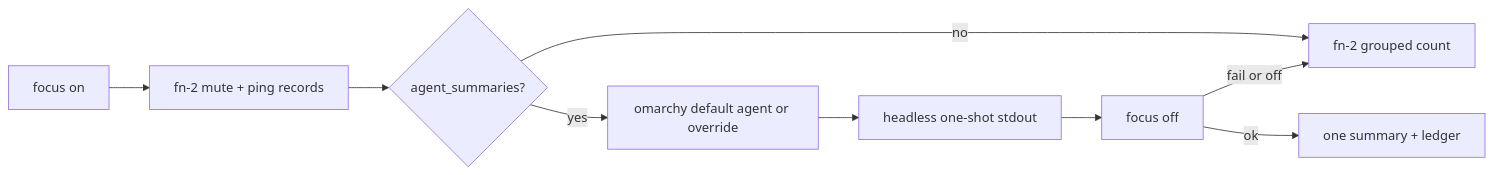
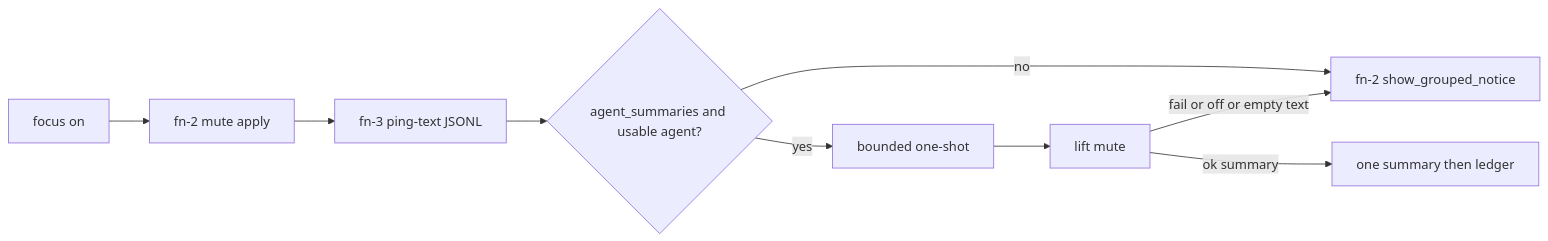
The diagram in .flow/specs/fn-3-focus-mode-agent-notification-summary.md (DanielKillenberger/omarchy-distraction-space), drawn with Mermaid before and after one commit. The commit also changed other lines of this file and 10 other files, not shown here.

````diff
--- a/.flow/specs/fn-3-focus-mode-agent-notification-summary.md
+++ b/.flow/specs/fn-3-focus-mode-agent-notification-summary.md
@@ -61,11 +79,11 @@
 ```mermaid
 flowchart LR
-  FocusOn[focus on] --> Mute[fn-2 mute + ping records]
-  Mute --> Gate{agent_summaries?}
-  Gate -->|no| Count[fn-2 grouped count]
-  Gate -->|yes| Resolve[omarchy default agent or override]
-  Resolve --> Shot[headless one-shot stdout]
-  Shot --> FocusOff[focus off]
-  FocusOff -->|ok| One[one summary + ledger]
-  FocusOff -->|fail or off| Count
+  FocusOn[focus on] --> Mute[fn-2 mute apply]
+  Mute --> Cap[fn-3 ping-text JSONL]
+  Cap --> Gate{agent_summaries and usable agent?}
+  Gate -->|no| Count[fn-2 show_grouped_notice]
+  Gate -->|yes| Shot[bounded one-shot]
+  Shot --> Lift[lift mute]
+  Lift -->|ok summary| One[one summary then ledger]
+  Lift -->|fail or off or empty text| Count
 ```
````
